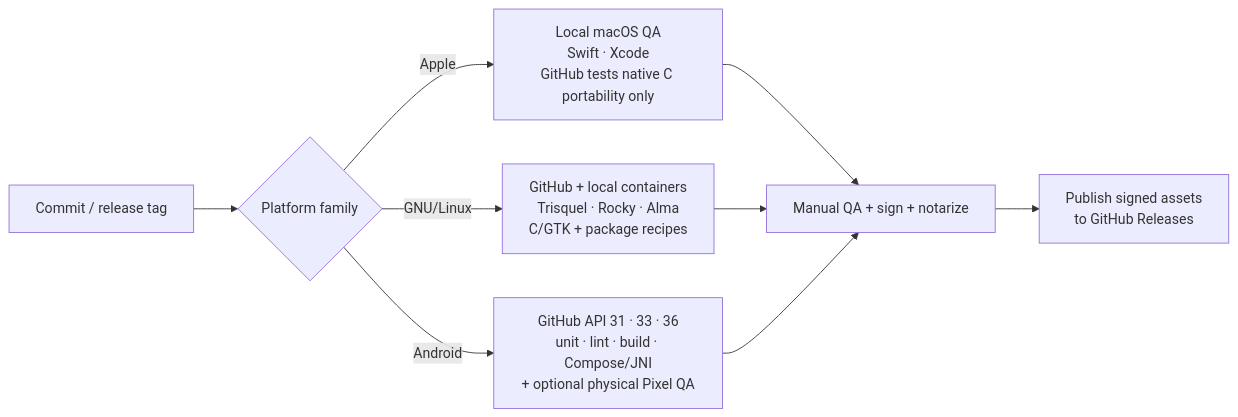
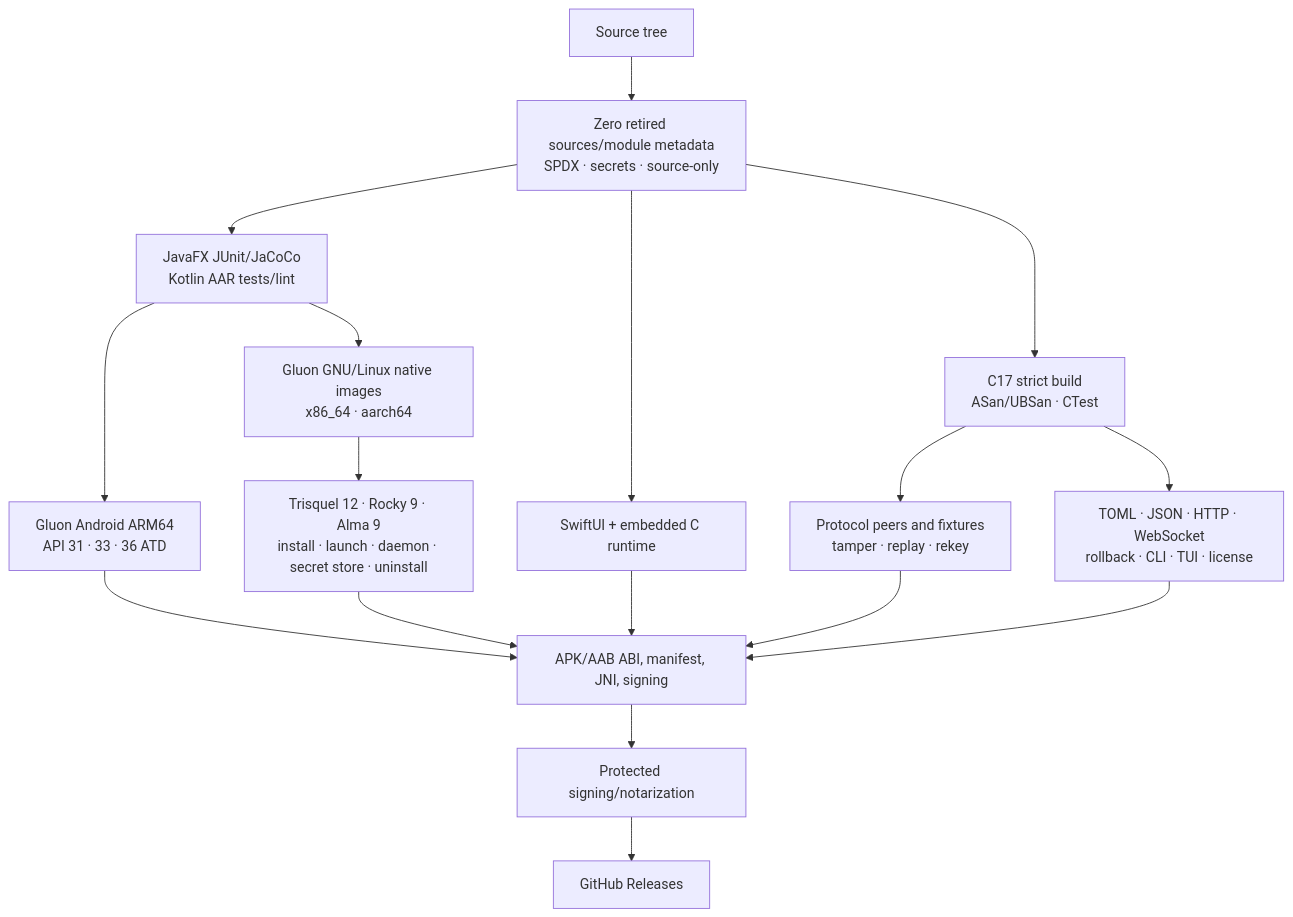
Before and after one commit to JohnThre/clambhook: the diagram in docs/release-validation.md, drawn with Mermaid. The commit also changed other lines of this file and 2294 other files, not shown here.

First line of the commit message:
Complete C17 and JavaFX/Gluon cutover

````diff
--- a/docs/release-validation.md
+++ b/docs/release-validation.md
@@ -27,11 +12,19 @@
 ```mermaid
-flowchart LR
-    commit["Commit / release tag"] --> gate{Platform family}
-    gate -->|Apple| apple["Local macOS QA<br/>Swift · Xcode<br/>GitHub tests native C portability only"]
-    gate -->|"GNU/Linux"| linux["GitHub + local containers<br/>Trisquel · Rocky · Alma<br/>C/GTK + package recipes"]
-    gate -->|Android| android["GitHub API 31 · 33 · 36<br/>unit · lint · build · Compose/JNI<br/>+ optional physical Pixel QA"]
-    apple --> qa["Manual QA + sign + notarize"]
-    linux --> qa
-    android --> qa
-    qa --> dist["Publish signed assets<br/>to GitHub Releases"]
+flowchart TD
+    source["Source tree"] --> policy["Zero retired sources/module metadata<br/>SPDX · secrets · source-only"]
+    policy --> native["C17 strict build<br/>ASan/UBSan · CTest"]
+    policy --> ui["JavaFX JUnit/JaCoCo<br/>Kotlin AAR tests/lint"]
+    policy --> mac["SwiftUI + embedded C runtime"]
+    native --> protocols["Protocol peers and fixtures<br/>tamper · replay · rekey"]
+    native --> contracts["TOML · JSON · HTTP · WebSocket<br/>rollback · CLI · TUI · license"]
+    ui --> android["Gluon Android ARM64<br/>API 31 · 33 · 36 ATD"]
+    ui --> linux["Gluon GNU/Linux native images<br/>x86_64 · aarch64"]
+    linux --> distros["Trisquel 12 · Rocky 9 · Alma 9<br/>install · launch · daemon · secret store · uninstall"]
+    android --> inspect["APK/AAB ABI, manifest, JNI, signing"]
+    distros --> inspect
+    mac --> inspect
+    protocols --> inspect
+    contracts --> inspect
+    inspect --> protected["Protected signing/notarization"]
+    protected --> release["GitHub Releases"]
 ```
````
